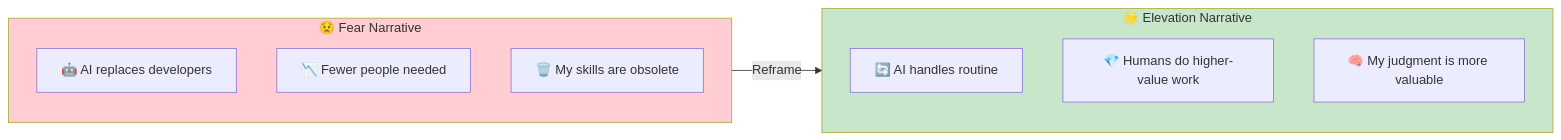
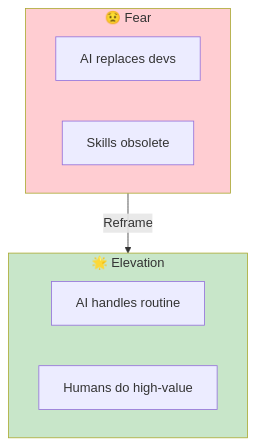
One commit to TheBushidoCollective/han changed the second of 6 diagrams in website/content/papers/ai-dlc-2026/runbooks/adoption/organizational-adoption.md. Above: the diagram before and after it, drawn with Mermaid. The commit also changed other lines of this file and 21 other files, not shown here.

First line of the commit message:
fix(website): convert all AI-DLC runbook Mermaid diagrams to TB layout

````diff
--- a/website/content/papers/ai-dlc-2026/runbooks/adoption/organizational-adoption.md
+++ b/website/content/papers/ai-dlc-2026/runbooks/adoption/organizational-adoption.md
@@ -40,21 +40,17 @@
 ```mermaid
-flowchart LR
-    subgraph Old["😟 Fear Narrative"]
-        direction TB
-        O1[🤖 AI replaces developers]
-        O2[📉 Fewer people needed]
-        O3[🗑️ My skills are obsolete]
-    end
-
-    subgraph New["🌟 Elevation Narrative"]
-        direction TB
-        N1[🔄 AI handles routine]
-        N2[💎 Humans do higher-value work]
-        N3[🧠 My judgment is more valuable]
+flowchart TB
+    subgraph Old["😟 Fear"]
+        O1[AI replaces devs]
+        O2[Skills obsolete]
     end
 
     Old -->|"Reframe"| New
 
+    subgraph New["🌟 Elevation"]
+        N1[AI handles routine]
+        N2[Humans do high-value]
+    end
+
     style Old fill:#ffcdd2
     style New fill:#c8e6c9
 ```
````
